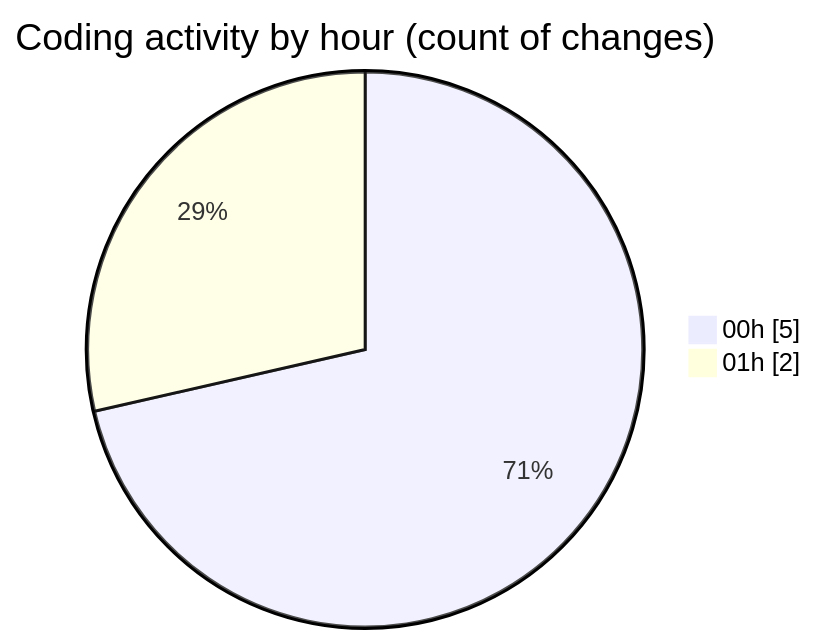
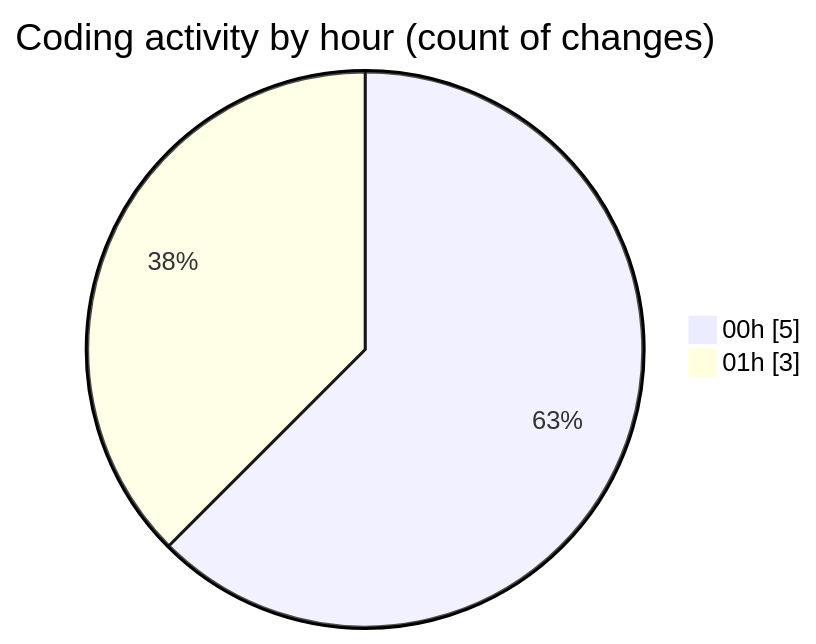
One commit to shibass792/code-tracking changed the second of 2 diagrams in 2026-07-14/shibass-ai/README.md. Above: the diagram before and after it, drawn with Mermaid. The commit also changed other lines of this file and 1 other file, not shown here.

````diff
--- a/2026-07-14/shibass-ai/README.md
+++ b/2026-07-14/shibass-ai/README.md
@@ -31,6 +32,6 @@
 ```mermaid
 pie showData
 title Coding activity by hour (count of changes)
 "00h" : 5
-"01h" : 2
+"01h" : 3
 ```
````
